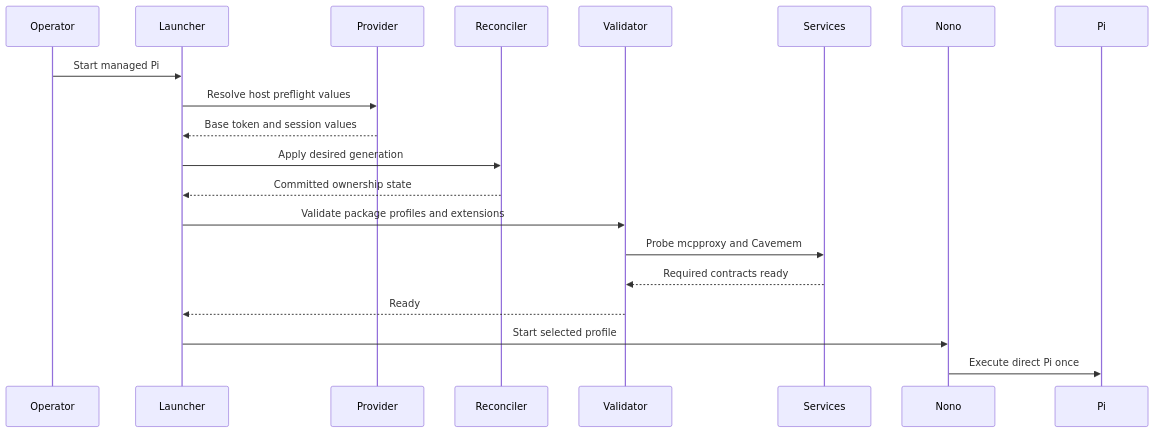
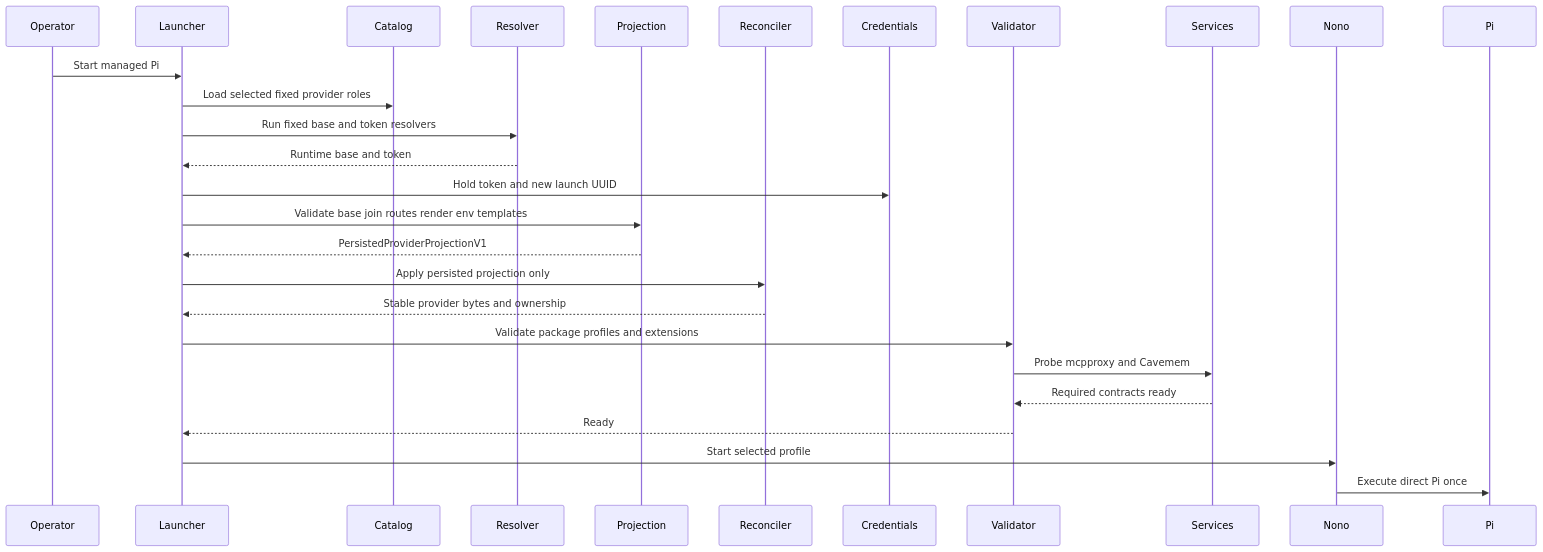
The second of 3 diagrams in .kiro/specs/pi-agent-integration/design.md (DWSR/nix-config), drawn with Mermaid before and after one commit. The commit also changed other lines of this file and 3 other files, not shown here.

````diff
--- a/.kiro/specs/pi-agent-integration/design.md
+++ b/.kiro/specs/pi-agent-integration/design.md
@@ -209,23 +228,30 @@
 ```mermaid
 sequenceDiagram
     participant Operator
     participant Launcher
-    participant Provider
+    participant Catalog
+    participant Resolver
+    participant Projection
     participant Reconciler
+    participant Credentials
     participant Validator
     participant Services
     participant Nono
     participant Pi
 
     Operator->>Launcher: Start managed Pi
-    Launcher->>Provider: Resolve host preflight values
-    Provider-->>Launcher: Base token and session values
-    Launcher->>Reconciler: Apply desired generation
-    Reconciler-->>Launcher: Committed ownership state
+    Launcher->>Catalog: Load selected fixed provider roles
+    Launcher->>Resolver: Run fixed base and token resolvers
+    Resolver-->>Launcher: Runtime base and token
+    Launcher->>Credentials: Hold token and new launch UUID
+    Launcher->>Projection: Validate base join routes render env templates
+    Projection-->>Launcher: PersistedProviderProjectionV1
+    Launcher->>Reconciler: Apply persisted projection only
+    Reconciler-->>Launcher: Stable provider bytes and ownership
     Launcher->>Validator: Validate package profiles and extensions
     Validator->>Services: Probe mcpproxy and Cavemem
     Services-->>Validator: Required contracts ready
     Validator-->>Launcher: Ready
     Launcher->>Nono: Start selected profile
     Nono->>Pi: Execute direct Pi once
 ```
````
